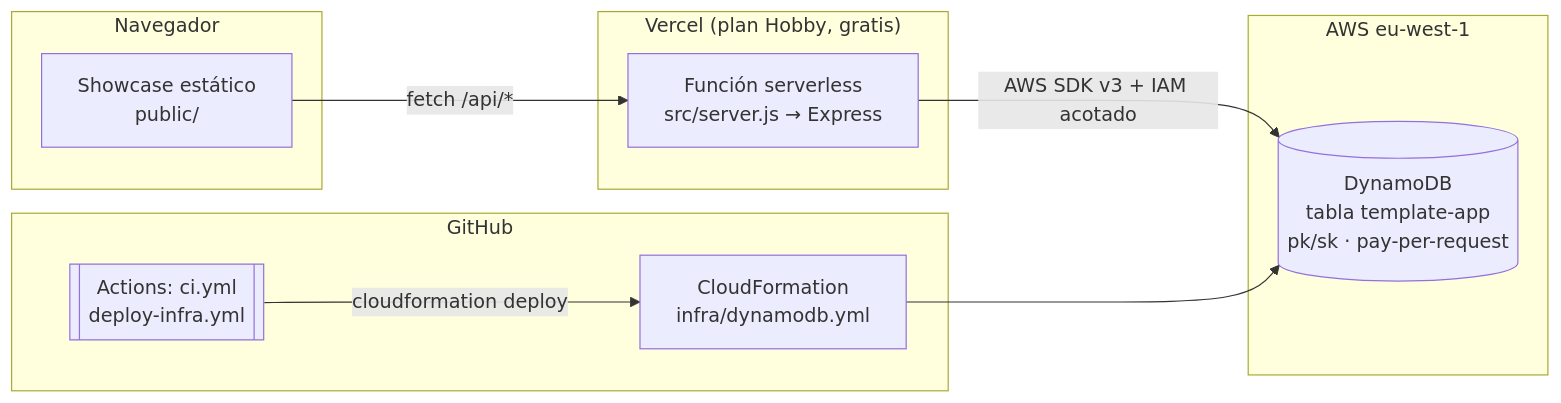
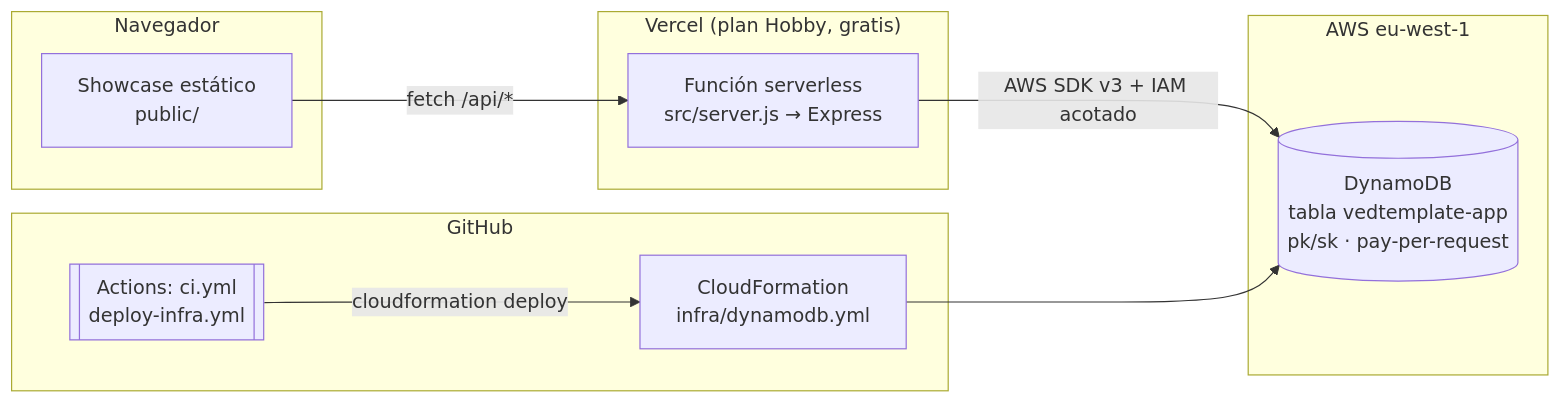
One commit to infranettone/infranettone-template-vercel-express-dynamodb changed the diagram in README.md. Above: the diagram before and after it, drawn with Mermaid. The commit also changed other lines of this file and 9 other files, not shown here.

Commit message:
Rebranding a vedtemplate: favicon, recursos vedtemplate-app, docs del flujo CLI real

````diff
--- a/README.md
+++ b/README.md
@@ -17,19 +21,19 @@
 ```mermaid
 flowchart LR
   subgraph Navegador
     UI[Showcase estático<br/>public/]
   end
   subgraph Vercel["Vercel (plan Hobby, gratis)"]
     FN["Función serverless<br/>src/server.js → Express"]
   end
   subgraph AWS["AWS eu-west-1"]
-    DDB[("DynamoDB<br/>tabla template-app<br/>pk/sk · pay-per-request")]
+    DDB[("DynamoDB<br/>tabla vedtemplate-app<br/>pk/sk · pay-per-request")]
   end
   subgraph GitHub
     GHA[["Actions: ci.yml<br/>deploy-infra.yml"]]
     CFN[CloudFormation<br/>infra/dynamodb.yml]
   end
   UI -- "fetch /api/*" --> FN
   FN -- "AWS SDK v3 + IAM acotado" --> DDB
   GHA -- "cloudformation deploy" --> CFN --> DDB
 ```
````
